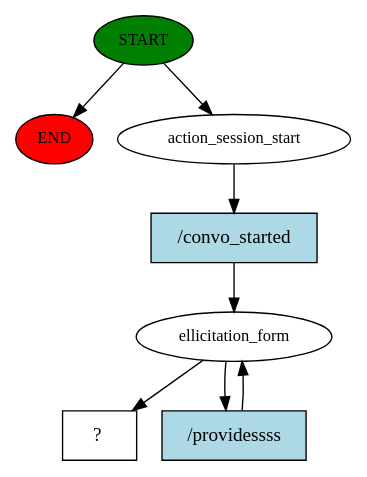
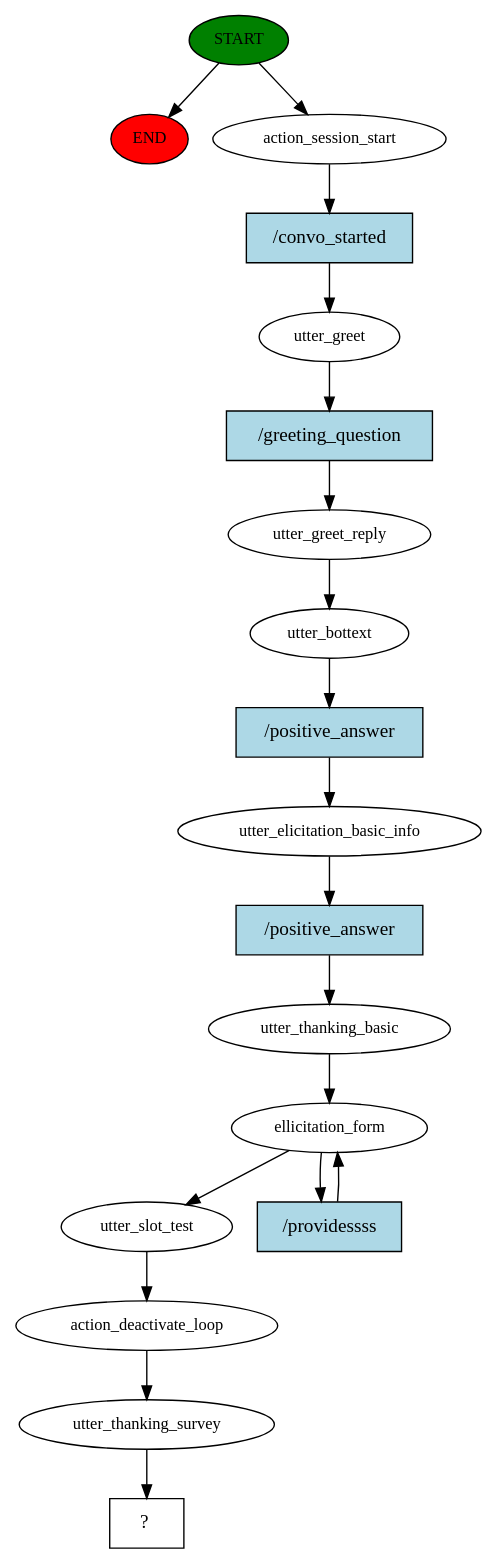
The diagram in story_graph.dot (lbodapat/rasa_is), drawn with Graphviz before and after one commit. The commit also changed 6 other files, not shown here.

```diff
--- a/story_graph.dot
+++ b/story_graph.dot
@@ -1,16 +1,38 @@
 digraph  {
 0 [class="start active", fillcolor=green, fontsize=12, label=START, style=filled];
 "-1" [class=end, fillcolor=red, fontsize=12, label=END, style=filled];
 1 [class=active, fontsize=12, label=action_session_start];
-2 [class=active, fontsize=12, label=ellicitation_form];
-4 [class="intent dashed active", label="  ?  ", shape=rect];
-5 [class="intent active", fillcolor=lightblue, label="/convo_started", shape=rect, style=filled];
-6 [class="intent active", fillcolor=lightblue, label="/providessss", shape=rect, style=filled];
+2 [class=active, fontsize=12, label=utter_greet];
+3 [class=active, fontsize=12, label=utter_greet_reply];
+4 [class=active, fontsize=12, label=utter_bottext];
+5 [class=active, fontsize=12, label=utter_elicitation_basic_info];
+6 [class=active, fontsize=12, label=utter_thanking_basic];
+7 [class=active, fontsize=12, label=ellicitation_form];
+13 [class=active, fontsize=12, label=utter_slot_test];
+14 [class=active, fontsize=12, label=action_deactivate_loop];
+15 [class=active, fontsize=12, label=utter_thanking_survey];
+16 [class="intent dashed active", label="  ?  ", shape=rect];
+17 [class="intent active", fillcolor=lightblue, label="/convo_started", shape=rect, style=filled];
+18 [class="intent active", fillcolor=lightblue, label="/greeting_question", shape=rect, style=filled];
+19 [class="intent active", fillcolor=lightblue, label="/positive_answer", shape=rect, style=filled];
+20 [class="intent active", fillcolor=lightblue, label="/positive_answer", shape=rect, style=filled];
+21 [class="intent active", fillcolor=lightblue, label="/providessss", shape=rect, style=filled];
 0 -> "-1"  [class="", key=NONE, label=""];
 0 -> 1  [class=active, key=NONE, label=""];
-1 -> 5  [class=active, key=0];
-2 -> 4  [class=active, key=NONE, label=""];
-2 -> 6  [class=active, key=0];
-5 -> 2  [class=active, key=0];
-6 -> 2  [class=active, key=0];
+1 -> 17  [class=active, key=0];
+2 -> 18  [class=active, key=0];
+3 -> 4  [class=active, key=NONE, label=""];
+4 -> 19  [class=active, key=0];
+5 -> 20  [class=active, key=0];
+6 -> 7  [class=active, key=NONE, label=""];
+7 -> 13  [class=active, key=NONE, label=""];
+7 -> 21  [class=active, key=0];
+13 -> 14  [class=active, key=NONE, label=""];
+14 -> 15  [class=active, key=NONE, label=""];
+15 -> 16  [class=active, key=NONE, label=""];
+17 -> 2  [class=active, key=0];
+18 -> 3  [class=active, key=0];
+19 -> 5  [class=active, key=0];
+20 -> 6  [class=active, key=0];
+21 -> 7  [class=active, key=0];
 }
```
